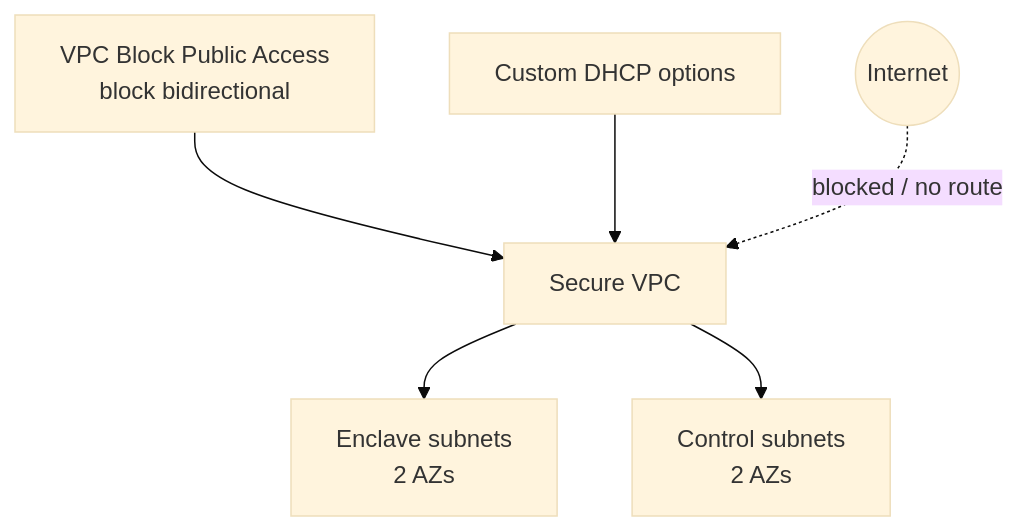
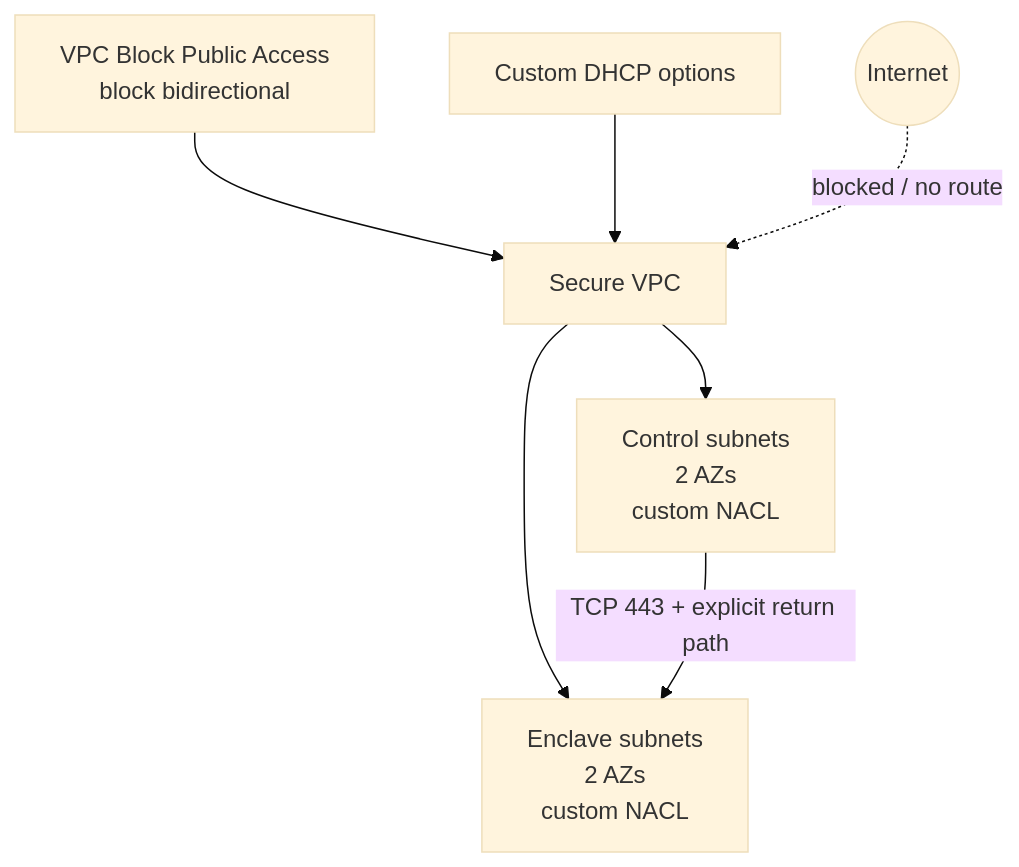
The diagram in v5/examples/secure_isolated/README.md (clopca/terraform-aws-vpc), drawn with Mermaid (base theme) before and after one commit. The commit also changed other lines of this file and 10 other files, not shown here.

````diff
--- a/v5/examples/secure_isolated/README.md
+++ b/v5/examples/secure_isolated/README.md
@@ -13,8 +14,9 @@
 ```mermaid
 flowchart TB
   BPA[VPC Block Public Access\nblock bidirectional] --> VPC[Secure VPC]
   DHCP[Custom DHCP options] --> VPC
-  VPC --> Enclave[Enclave subnets\n2 AZs]
-  VPC --> Control[Control subnets\n2 AZs]
+  VPC --> Enclave[Enclave subnets\n2 AZs\ncustom NACL]
+  VPC --> Control[Control subnets\n2 AZs\ncustom NACL]
+  Control -->|TCP 443 + explicit return path| Enclave
   Internet((Internet)) -. blocked / no route .-> VPC
 ```
````
